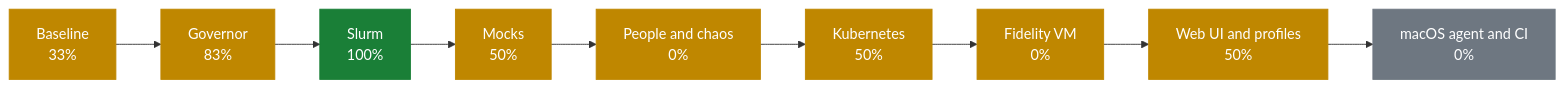
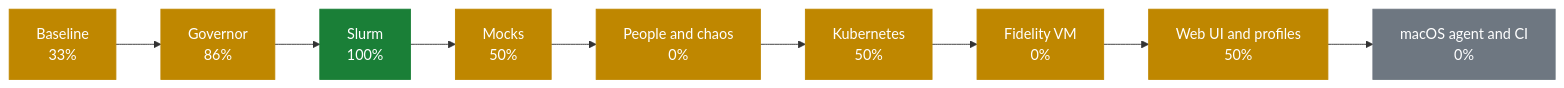
Before and after one commit to AhmedYousriSobhi/workbench: the first of 2 diagrams in docs/PROGRESS.md, drawn with Mermaid. The commit also changed other lines of this file and 13 other files, not shown here.

````diff
--- a/docs/PROGRESS.md
+++ b/docs/PROGRESS.md
@@ -10,17 +10,17 @@
 ```mermaid
 flowchart LR
     p0["Baseline<br/>33%"]:::partial
-    p1["Governor<br/>83%"]:::partial
+    p1["Governor<br/>86%"]:::partial
     p2["Slurm<br/>100%"]:::done
     p3["Mocks<br/>50%"]:::partial
     p4["People and chaos<br/>0%"]:::partial
     p5["Kubernetes<br/>50%"]:::partial
     p6["Fidelity VM<br/>0%"]:::partial
     p7["Web UI and profiles<br/>50%"]:::partial
     p8["macOS agent and CI<br/>0%"]:::todo
     p0 --> p1 --> p2 --> p3 --> p4 --> p5 --> p6 --> p7 --> p8
     classDef done fill:#1a7f37,stroke:#1a7f37,color:#fff
     classDef review fill:#0969da,stroke:#0969da,color:#fff
     classDef partial fill:#bf8700,stroke:#bf8700,color:#fff
     classDef todo fill:#6e7781,stroke:#6e7781,color:#fff
 ```
````
